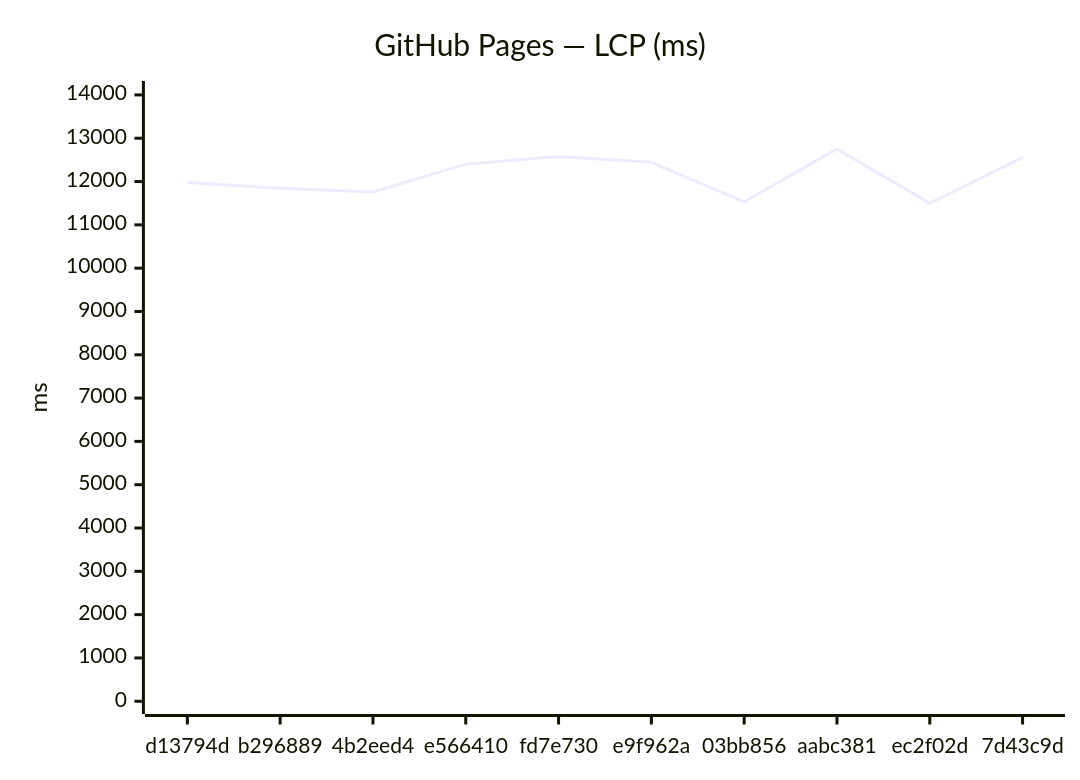
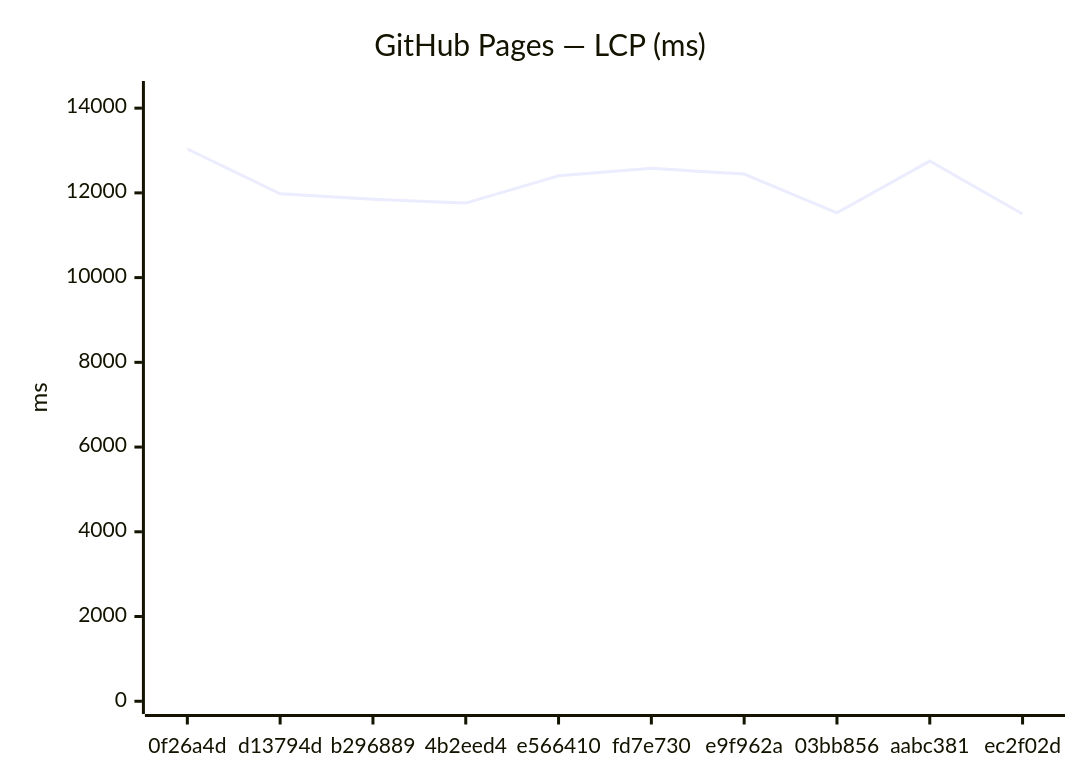
One commit to Metaheurist/Rianell changed the third of 18 diagrams in benchmarks/compare.md. Above: the diagram before and after it, drawn with Mermaid. The commit also changed other lines of this file and 11 other files, not shown here.

````diff
--- a/benchmarks/compare.md
+++ b/benchmarks/compare.md
@@ -54,7 +54,7 @@
 ```mermaid
 xychart-beta
     title "GitHub Pages — LCP (ms)"
-    x-axis ["d13794d", "b296889", "4b2eed4", "e566410", "fd7e730", "e9f962a", "03bb856", "aabc381", "ec2f02d", "7d43c9d"]
-    y-axis "ms" 0 --> 14027
-    line [11979, 11847, 11759, 12402, 12580, 12444, 11529, 12751, 11500, 12552]
+    x-axis ["0f26a4d", "d13794d", "b296889", "4b2eed4", "e566410", "fd7e730", "e9f962a", "03bb856", "aabc381", "ec2f02d"]
+    y-axis "ms" 0 --> 14340
+    line [13036, 11979, 11847, 11759, 12402, 12580, 12444, 11529, 12751, 11500]
 ```
````
